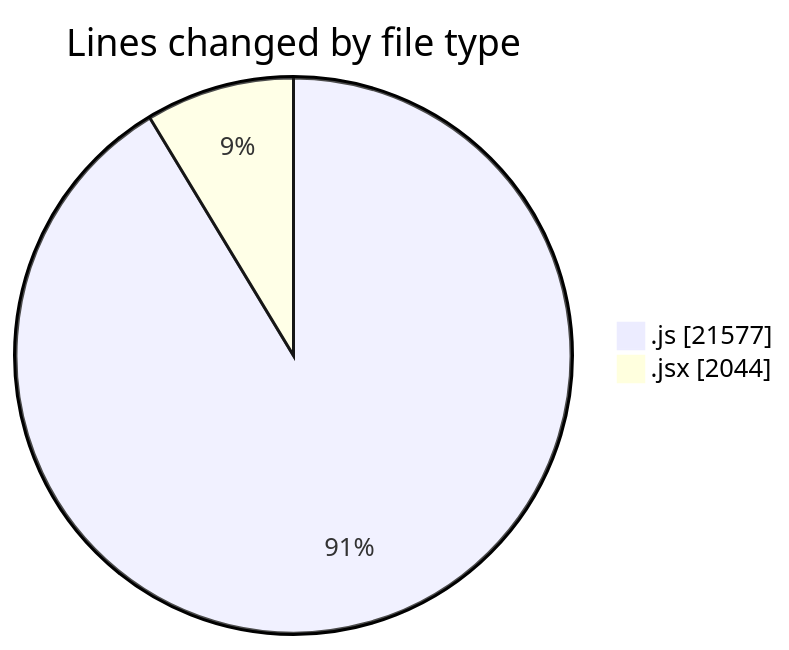
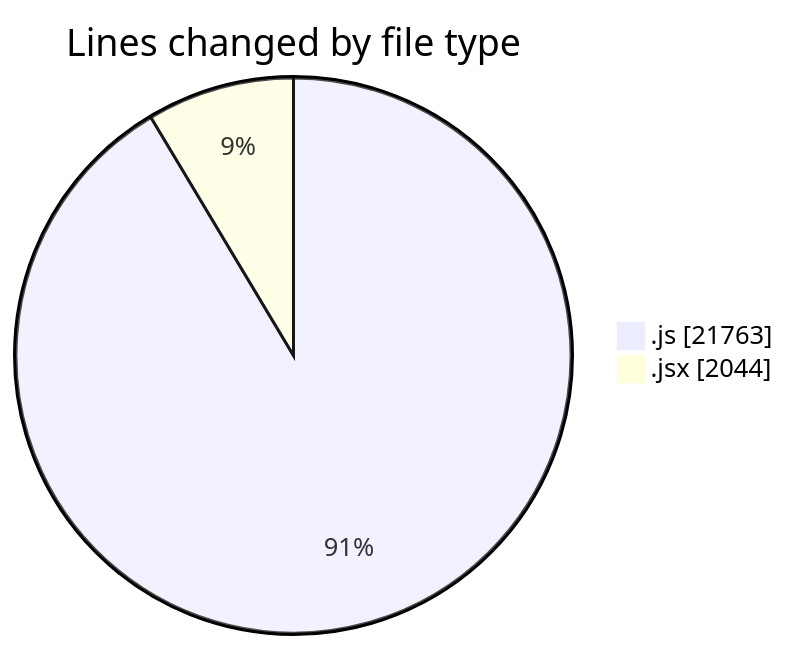
Before and after one commit to nxtqubesakshisongat/code-tracking: the first of 2 diagrams in 2025-10-01/nxtqube_webapp/README.md, drawn with Mermaid. The commit also changed other lines of this file and 1 other file, not shown here.

````diff
--- a/2025-10-01/nxtqube_webapp/README.md
+++ b/2025-10-01/nxtqube_webapp/README.md
@@ -22,6 +22,6 @@
 ```mermaid
 pie showData
 title Lines changed by file type
-".js" : 21577
+".js" : 21763
 ".jsx" : 2044
 ```
````
